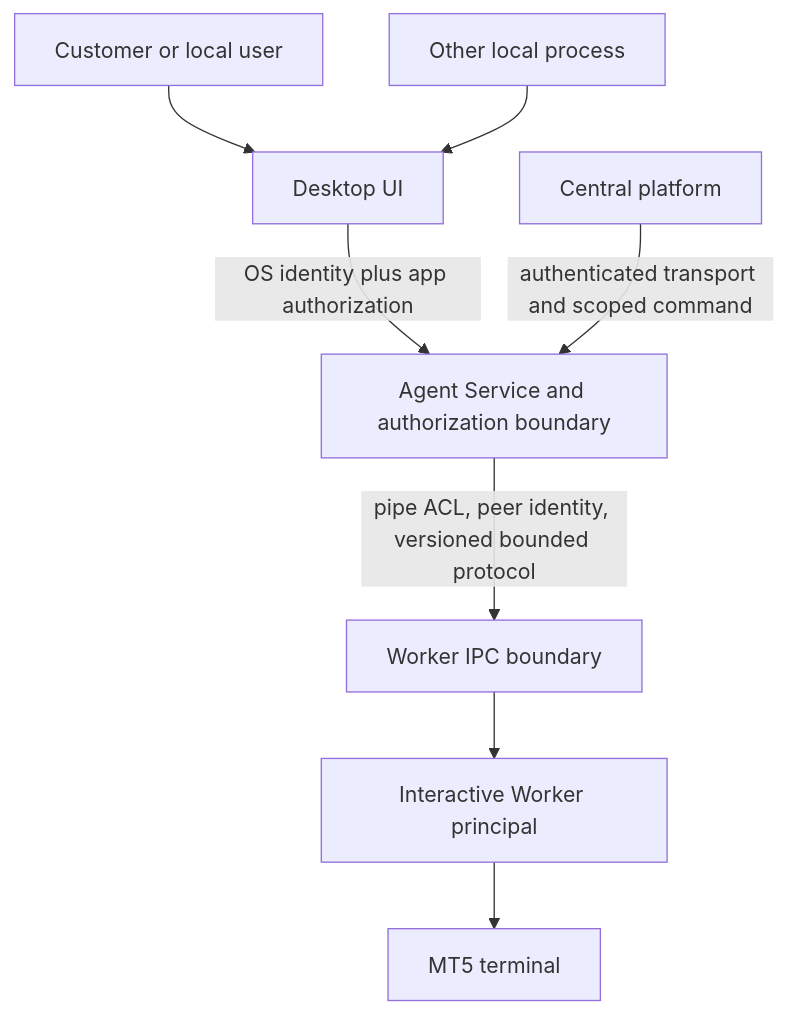
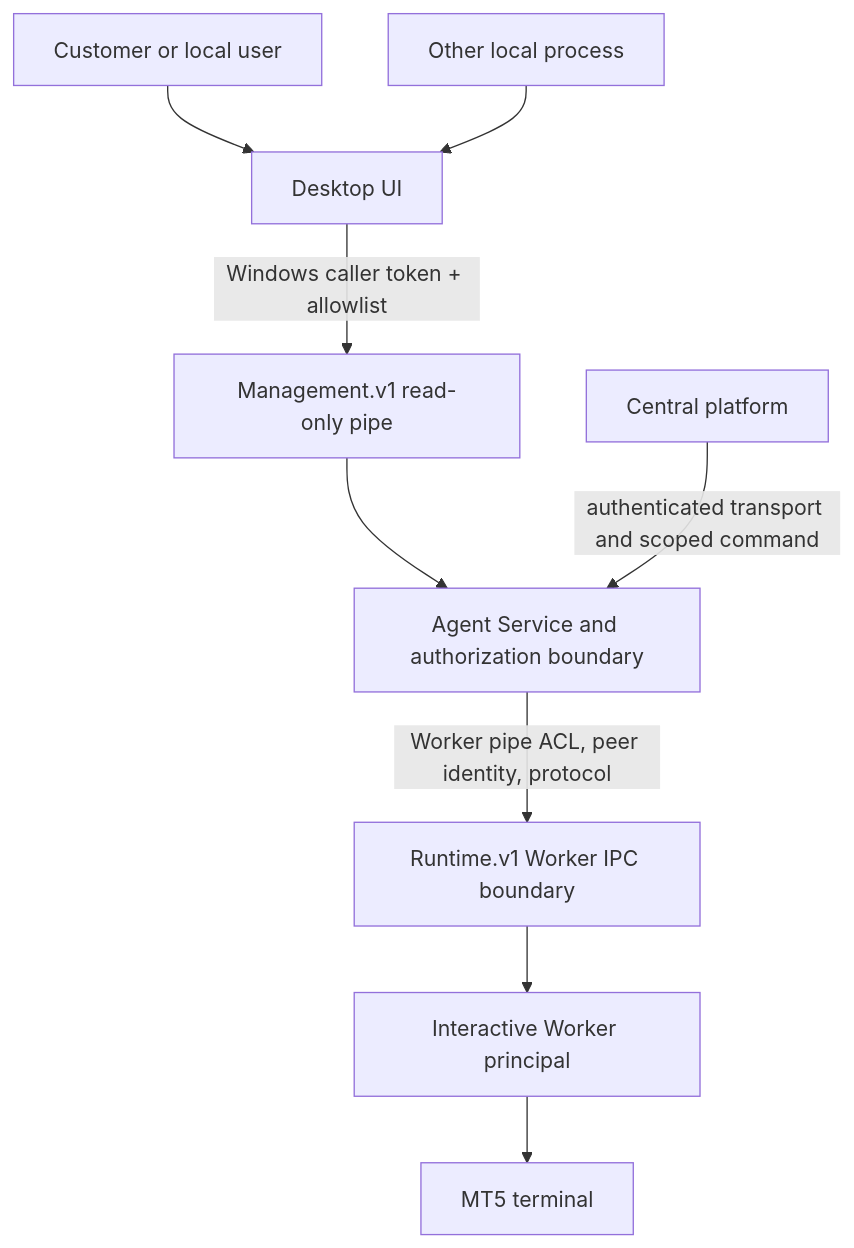
Before and after one commit to AmirrezaSobhi/agent: the diagram in docs/architecture/SECURITY_MODEL.md, drawn with Mermaid. The commit also changed other lines of this file and 42 other files, not shown here.

Commit message:
feat(ipc): add secure read-only management pipe v1

````diff
--- a/docs/architecture/SECURITY_MODEL.md
+++ b/docs/architecture/SECURITY_MODEL.md
@@ -25,17 +26,18 @@
 ```mermaid
 flowchart TD
   Human[Customer or local user]
   Other[Other local process]
   UI[Desktop UI]
   Service[Agent Service and authorization boundary]
-  Pipe[Worker IPC boundary]
+  Management[Management.v1 read-only pipe]
+  Pipe[Runtime.v1 Worker IPC boundary]
   Worker[Interactive Worker principal]
   Terminal[MT5 terminal]
   Remote[Central platform]
   Human --> UI
   Other --> UI
-  UI -->|OS identity plus app authorization| Service
-  Service -->|pipe ACL, peer identity, versioned bounded protocol| Pipe
+  UI -->|Windows caller token + allowlist| Management --> Service
+  Service -->|Worker pipe ACL, peer identity, protocol| Pipe
   Pipe --> Worker --> Terminal
   Remote -->|authenticated transport and scoped command| Service
 ```
````
